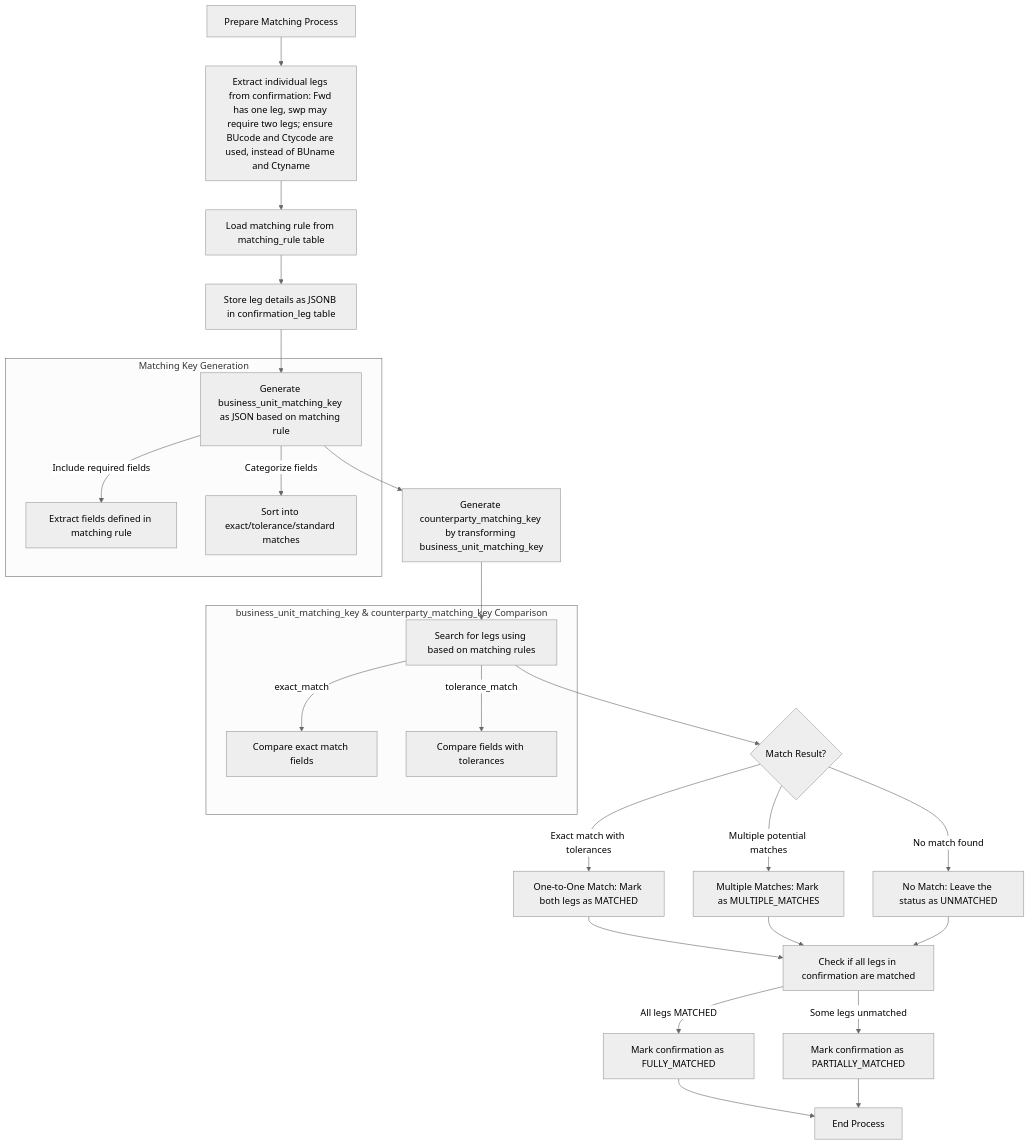
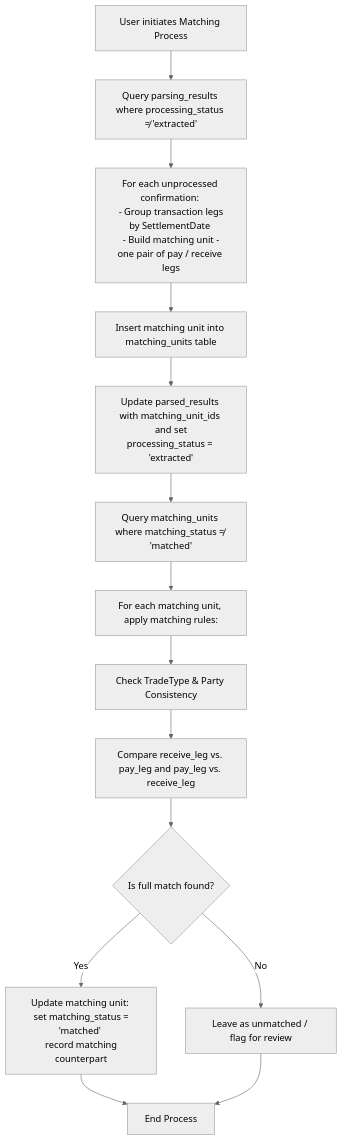
Before and after one commit to RichardJLei/SmartMatching: the diagram in Project _docs/confo_matching_rules.md, drawn with Mermaid (neutral theme). The commit also changed other lines of this file and 4 other files, not shown here.

````diff
--- a/Project _docs/confo_matching_rules.md
+++ b/Project _docs/confo_matching_rules.md
@@ -1,46 +1,31 @@
 ```mermaid
 flowchart TD
-    A[Prepare Matching Process]
-    B[Extract individual legs from confirmation: Fwd has one leg, swp may require two legs; ensure BUcode and Ctycode are used, instead of BUname and Ctyname]
-    C[Load matching rule from matching_rule table]
-    D[Store leg details as JSONB in confirmation_leg table]
-    E[Generate business_unit_matching_key as JSON based on matching rule]
-    F[Generate counterparty_matching_key by transforming business_unit_matching_key]
-    G[Search for legs using based on matching rules]
-    H{Match Result?}
-    I[One-to-One Match: Mark both legs as MATCHED]
-    J[Multiple Matches: Mark as MULTIPLE_MATCHES]
-    K[No Match: Leave the status as UNMATCHED]
-    L[Check if all legs in confirmation are matched]
-    M[Mark confirmation as FULLY_MATCHED]
-    N[Mark confirmation as PARTIALLY_MATCHED]
-    O[End Process]
-
+    A[User initiates Matching Process]
+    B[Query parsing_results where processing_status ≠ 'extracted']
+    C[For each unprocessed confirmation: <br/> - Group transaction legs by SettlementDate <br/> - Build matching unit - one pair of pay / receive legs]
+    D[Insert matching unit into matching_units table]
+    E[Update parsed_results with matching_unit_ids <br/> and set processing_status = 'extracted']
+    F[Query matching_units where matching_status ≠ 'matched']
+    G[For each matching unit, apply matching rules:]
+    G1[Check TradeType & Party Consistency]
+    G2[Compare receive_leg vs. pay_leg and pay_leg vs. receive_leg]
+    H{Is full match found?}
+    I[Update matching unit: <br/> set matching_status = 'matched' <br/> record matching counterpart]
+    J[Leave as unmatched / flag for review]
+    K[End Process]
+    
     A --> B
     B --> C
     C --> D
     D --> E
     E --> F
     F --> G
-    G --> H
-    H -- "Exact match with tolerances" --> I
-    H -- "Multiple potential matches" --> J
-    H -- "No match found" --> K
-    I --> L
-    J --> L
-    K --> L
-    L -- "All legs MATCHED" --> M
-    L -- "Some legs unmatched" --> N
-    M --> O
-    N --> O
+    G --> G1
+    G1 --> G2
+    G2 --> H
+    H -- Yes --> I
+    H -- No --> J
+    I --> K
+    J --> K
 
-    subgraph "Matching Key Generation"
-        E --> |"Include required fields"| E1[Extract fields defined in matching rule]
-        E --> |"Categorize fields"| E2[Sort into exact/tolerance/standard matches]
-    end
-
-    subgraph "business_unit_matching_key & counterparty_matching_key Comparison"
-        G --> |"exact_match"| G1[Compare exact match fields]
-        G --> |"tolerance_match"| G2[Compare fields with tolerances]
-    end
 ```
````
